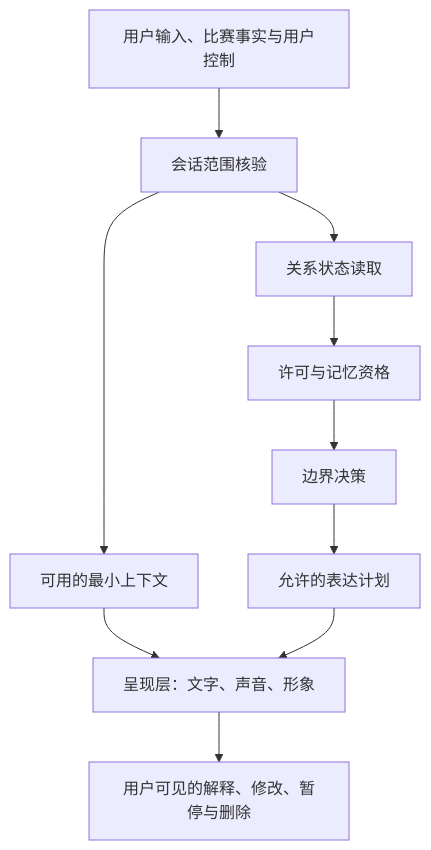
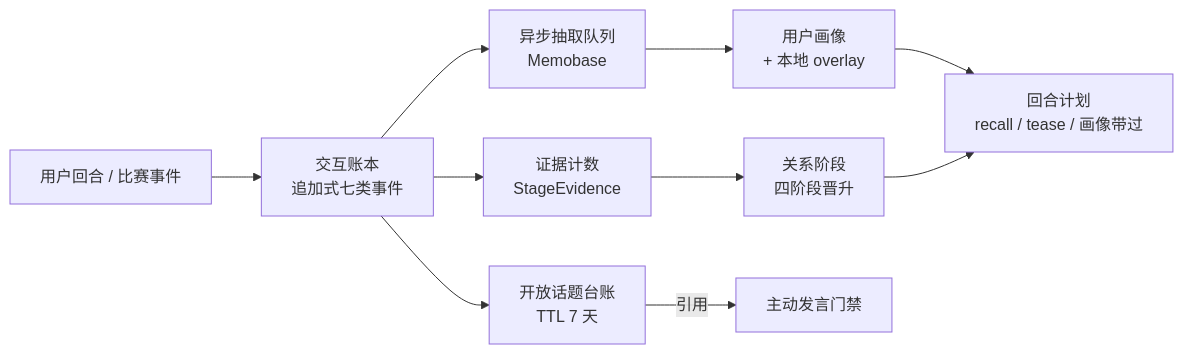
The diagram in docs/球球全套资料/5.AI Coding工程实践/51-关系状态、记忆与人格护栏.md (weiz98417-crypto/qiuqiu), drawn with Mermaid before and after one commit. The commit also changed other lines of this file and 38 other files, not shown here.

````diff
--- a/docs/球球全套资料/5.AI Coding工程实践/51-关系状态、记忆与人格护栏.md
+++ b/docs/球球全套资料/5.AI Coding工程实践/51-关系状态、记忆与人格护栏.md
@@ -17,12 +24,12 @@
 ```mermaid
-flowchart TD
-    A[用户输入、比赛事实与用户控制] --> B[会话范围核验]
-    B --> C[关系状态读取]
-    C --> D[许可与记忆资格]
-    D --> E[边界决策]
-    B --> F[可用的最小上下文]
-    E --> G[允许的表达计划]
-    F --> H[呈现层：文字、声音、形象]
-    G --> H
-    H --> I[用户可见的解释、修改、暂停与删除]
+flowchart LR
+    A[用户回合 / 比赛事件] --> B[交互账本<br/>追加式七类事件]
+    B --> C[异步抽取队列<br/>Memobase]
+    C --> D[用户画像<br/>+ 本地 overlay]
+    B --> E[证据计数<br/>StageEvidence]
+    E --> F[关系阶段<br/>四阶段晋升]
+    B --> G[开放话题台账<br/>TTL 7 天]
+    D --> H[回合计划<br/>recall / tease / 画像带过]
+    F --> H
+    G -->|引用| I[主动发言门禁]
 ```
````
